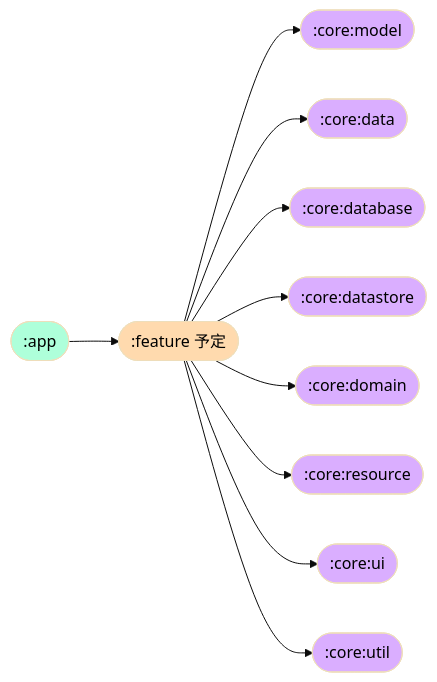
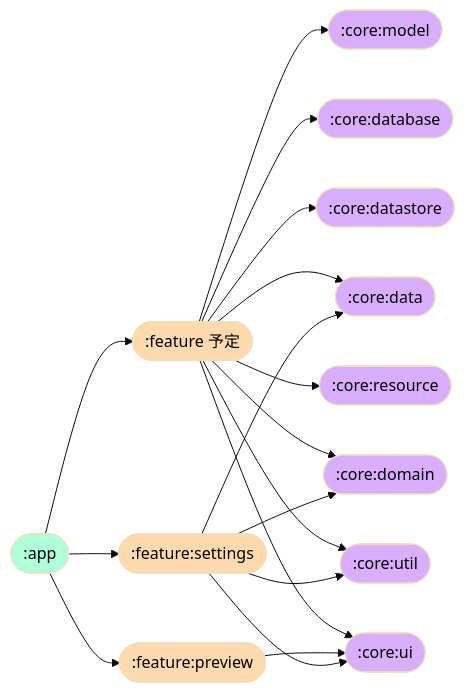
The diagram in README.md (kosenda/MultiColorPicker), drawn with Mermaid (base theme) before and after one commit.

Commit message:
docs: add :feature:settings, :feature:preview
[skip ci]

````diff
--- a/README.md
+++ b/README.md
@@ -49,16 +49,27 @@
 ```mermaid
 flowchart LR
   classDef appModule fill:#AEFFDA,color:#000
   classDef featureModule fill:#FFDAAE,color:#000
   classDef coreModule fill:#DAAEFF,color:#000
   
   A1([:app]):::appModule --> B1([:feature 予定]):::featureModule
+  
+  A1 --> B2([:feature:settings]):::featureModule
+  A1 --> B3([:feature:preview]):::featureModule
+  
+  B2 --> C2([:core:data]):::coreModule
+  B2 --> C5([:core:domain]):::coreModule
+  B2 --> C7([:core:ui]):::coreModule
+  B2 --> C8([:core:util]):::coreModule
+  B3 --> C7
+  
+  
   B1 --> C1([:core:model]):::coreModule 
-  B1 --> C2([:core:data]):::coreModule
+  B1 --> C2
   B1 --> C3([:core:database]):::coreModule
   B1 --> C4([:core:datastore]):::coreModule
-  B1 --> C5([:core:domain]):::coreModule
+  B1 --> C5
   B1 --> C6([:core:resource]):::coreModule
-  B1 --> C7([:core:ui]):::coreModule
-  B1 --> C8([:core:util]):::coreModule
+  B1 --> C7
+  B1 --> C8
 ```
````
